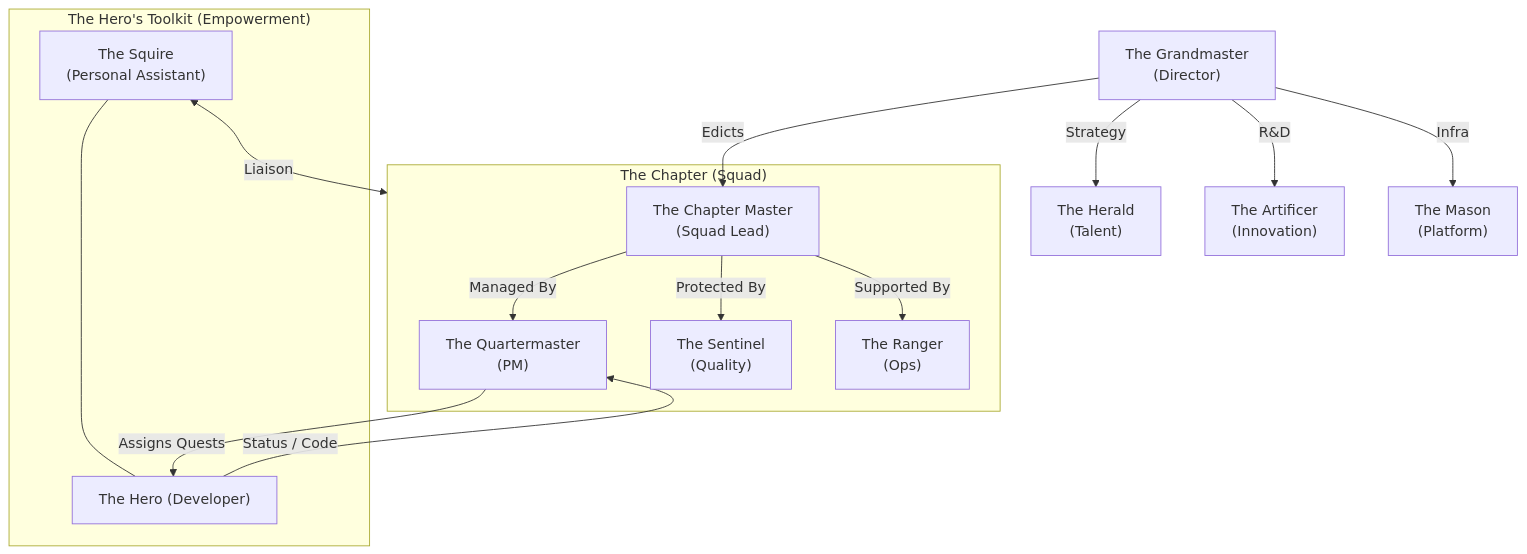
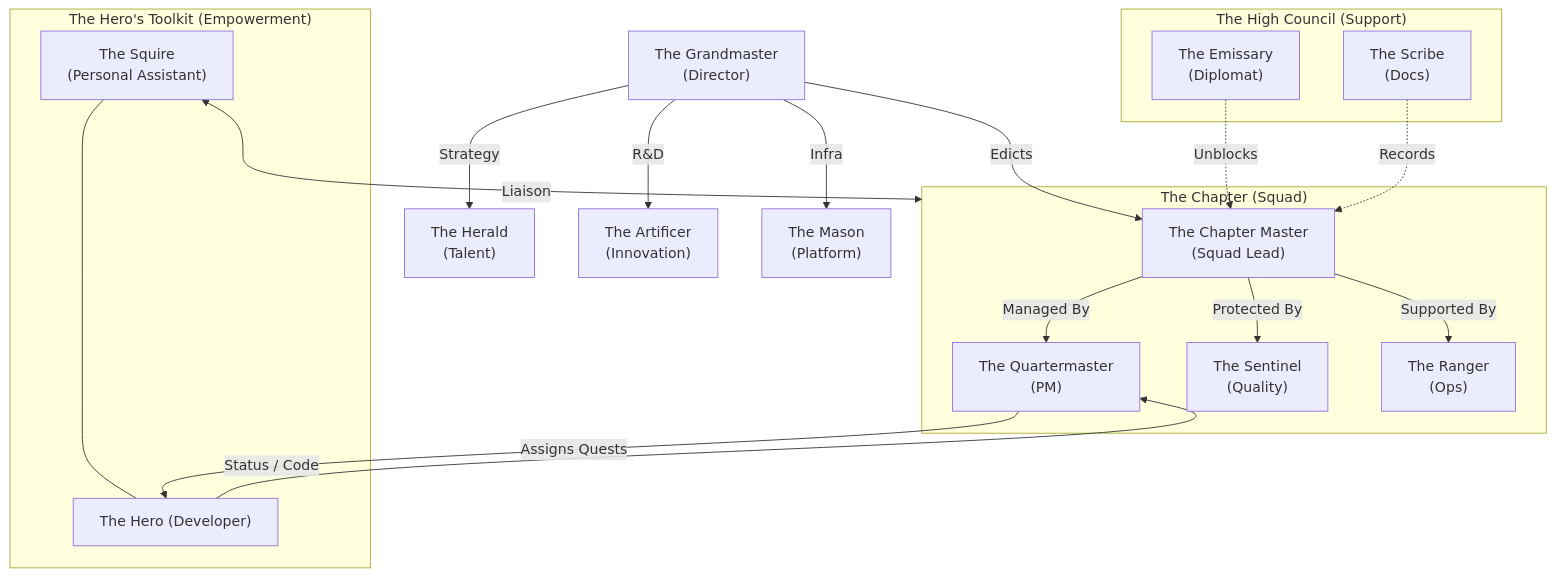
Before and after one commit to masterkidan/guild-forge: the first of 2 diagrams in Readme.md, drawn with Mermaid.

````diff
--- a/Readme.md
+++ b/Readme.md
@@ -39,26 +39,32 @@
 ```mermaid
 graph TD
     %% Org Layer (Top-Down)
     GM["The Grandmaster<br/>(Director)"] -->|Edicts| CM["The Chapter Master<br/>(Squad Lead)"]
     GM -->|Strategy| H["The Herald<br/>(Talent)"]
     GM -->|R&D| A["The Artificer<br/>(Innovation)"]
     GM -->|Infra| M["The Mason<br/>(Platform)"]
     
     %% Squad
     subgraph ChapterHouse ["The Chapter (Squad)"]
         CM -->|Managed By| QM["The Quartermaster<br/>(PM)"]
         CM -->|Protected By| S["The Sentinel<br/>(Quality)"]
         CM -->|Supported By| R["The Ranger<br/>(Ops)"]
     end
     
     %% Hero Layer (Bottom-Up)
     subgraph HeroLayer ["The Hero's Toolkit (Empowerment)"]
         Hero["The Hero (Developer)"]
         Squire["The Squire<br/>(Personal Assistant)"] --- Hero
     end
 
     %% Interaction
     QM -->|Assigns Quests| Hero
     Hero -->|Status / Code| QM
     Squire <-->|Liaison| ChapterHouse
-```    
+    
+    %% Cross-Cutting
+    subgraph HighCouncil ["The High Council (Support)"]
+        E["The Emissary<br/>(Diplomat)"] -.->|Unblocks| CM
+        Sc["The Scribe<br/>(Docs)"] -.->|Records| CM
+    end
+```
````
